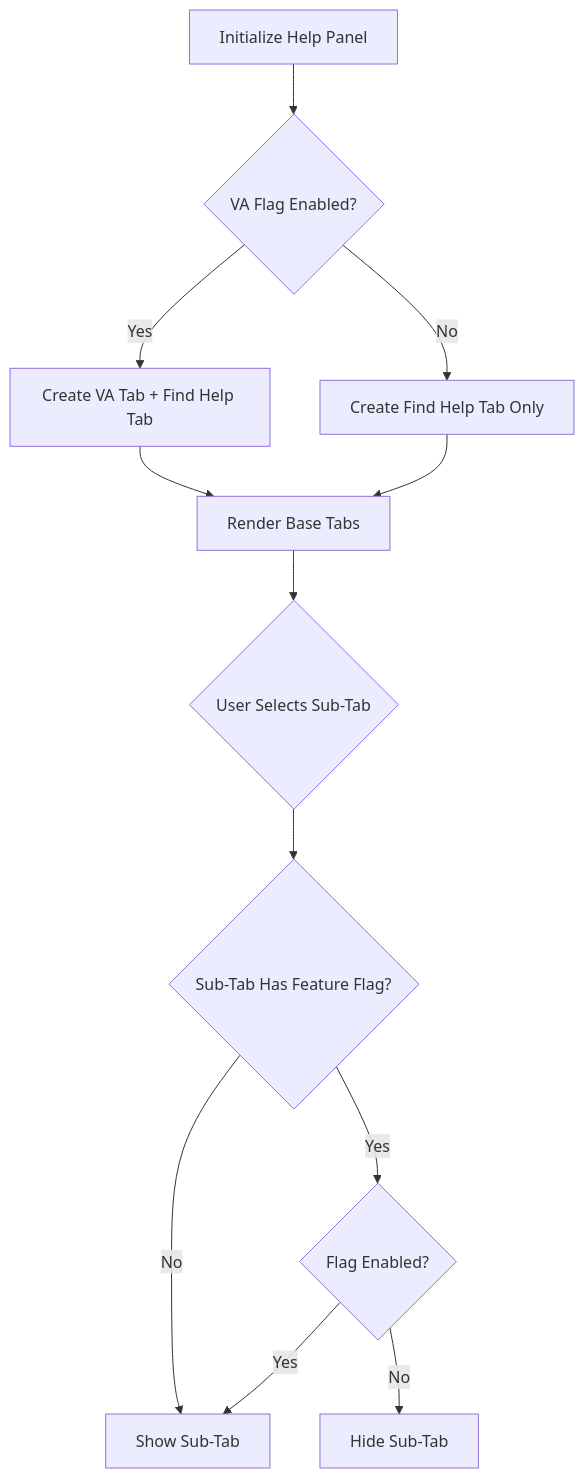
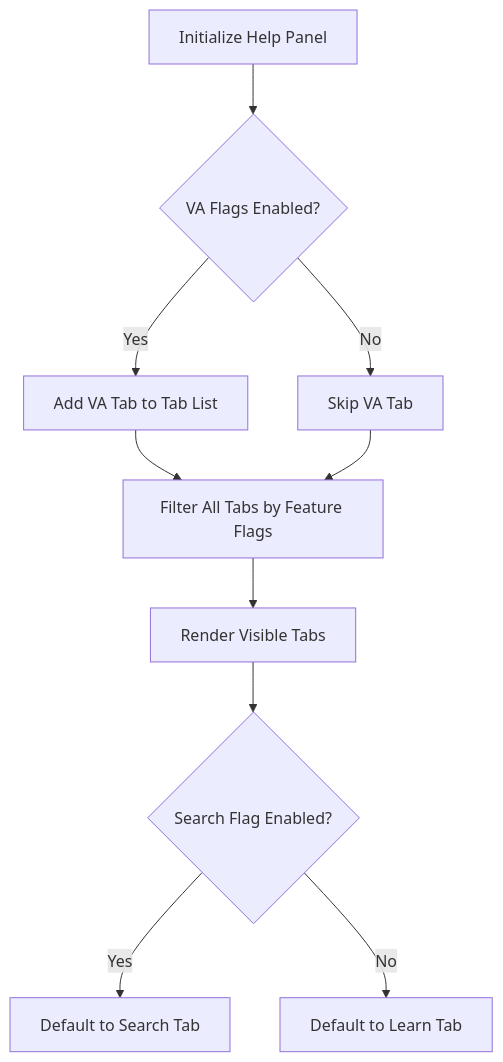
The first of 2 diagrams in src/docs/HelpPanelArchitecture.mdx (apinkert/learning-resources), drawn with Mermaid before and after one commit. The commit also changed other lines of this file and 13 other files, not shown here.

Commit message:
feat: remove help panel tabs in favor of static sections

````diff
--- a/src/docs/HelpPanelArchitecture.mdx
+++ b/src/docs/HelpPanelArchitecture.mdx
@@ -321,14 +255,12 @@
 ```mermaid
 graph TD
-    A[Initialize Help Panel] --> B{VA Flag Enabled?}
-    B -->|Yes| C[Create VA Tab + Find Help Tab]
-    B -->|No| D[Create Find Help Tab Only]
-    C --> E[Render Base Tabs]
+    A[Initialize Help Panel] --> B{VA Flags Enabled?}
+    B -->|Yes| C[Add VA Tab to Tab List]
+    B -->|No| D[Skip VA Tab]
+    C --> E[Filter All Tabs by Feature Flags]
     D --> E
-    E --> F{User Selects Sub-Tab}
-    F --> G{Sub-Tab Has Feature Flag?}
-    G -->|Yes| H{Flag Enabled?}
-    G -->|No| I[Show Sub-Tab]
-    H -->|Yes| I
-    H -->|No| J[Hide Sub-Tab]
+    E --> F[Render Visible Tabs]
+    F --> G{Search Flag Enabled?}
+    G -->|Yes| H[Default to Search Tab]
+    G -->|No| I[Default to Learn Tab]
 ```
````
